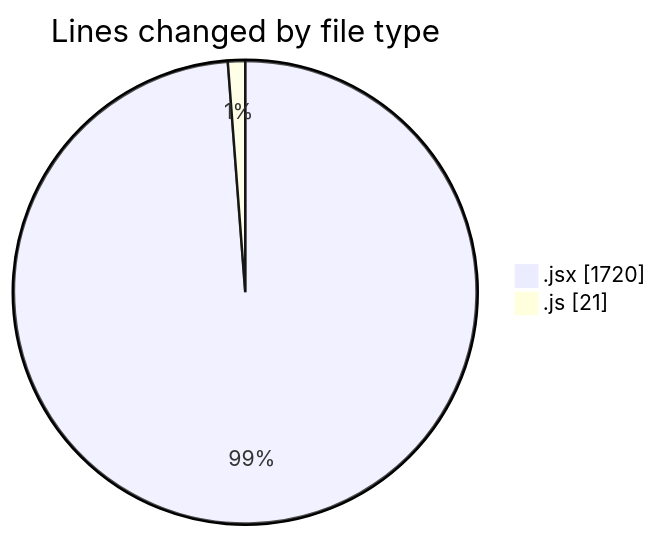
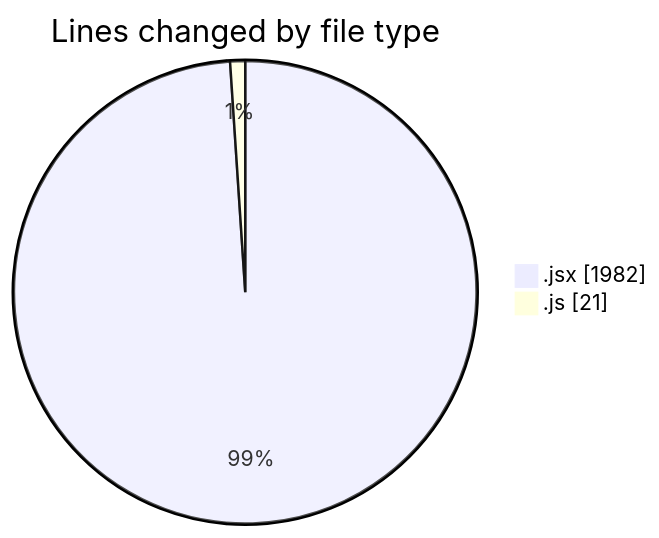
One commit to nxtqubesakshisongat/code-tracking changed the first of 2 diagrams in 2025-08-03/nxtqube_webapp/README.md. Above: the diagram before and after it, drawn with Mermaid. The commit also changed other lines of this file and 1 other file, not shown here.

````diff
--- a/2025-08-03/nxtqube_webapp/README.md
+++ b/2025-08-03/nxtqube_webapp/README.md
@@ -24,6 +24,6 @@
 ```mermaid
 pie showData
 title Lines changed by file type
-".jsx" : 1720
+".jsx" : 1982
 ".js" : 21
 ```
````
